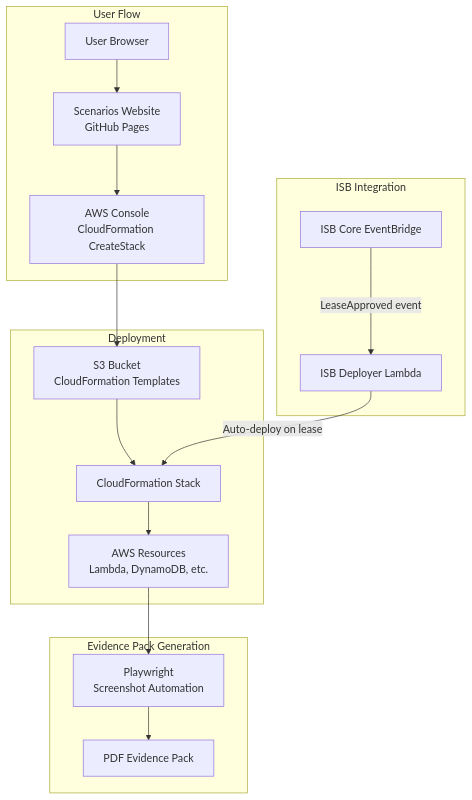
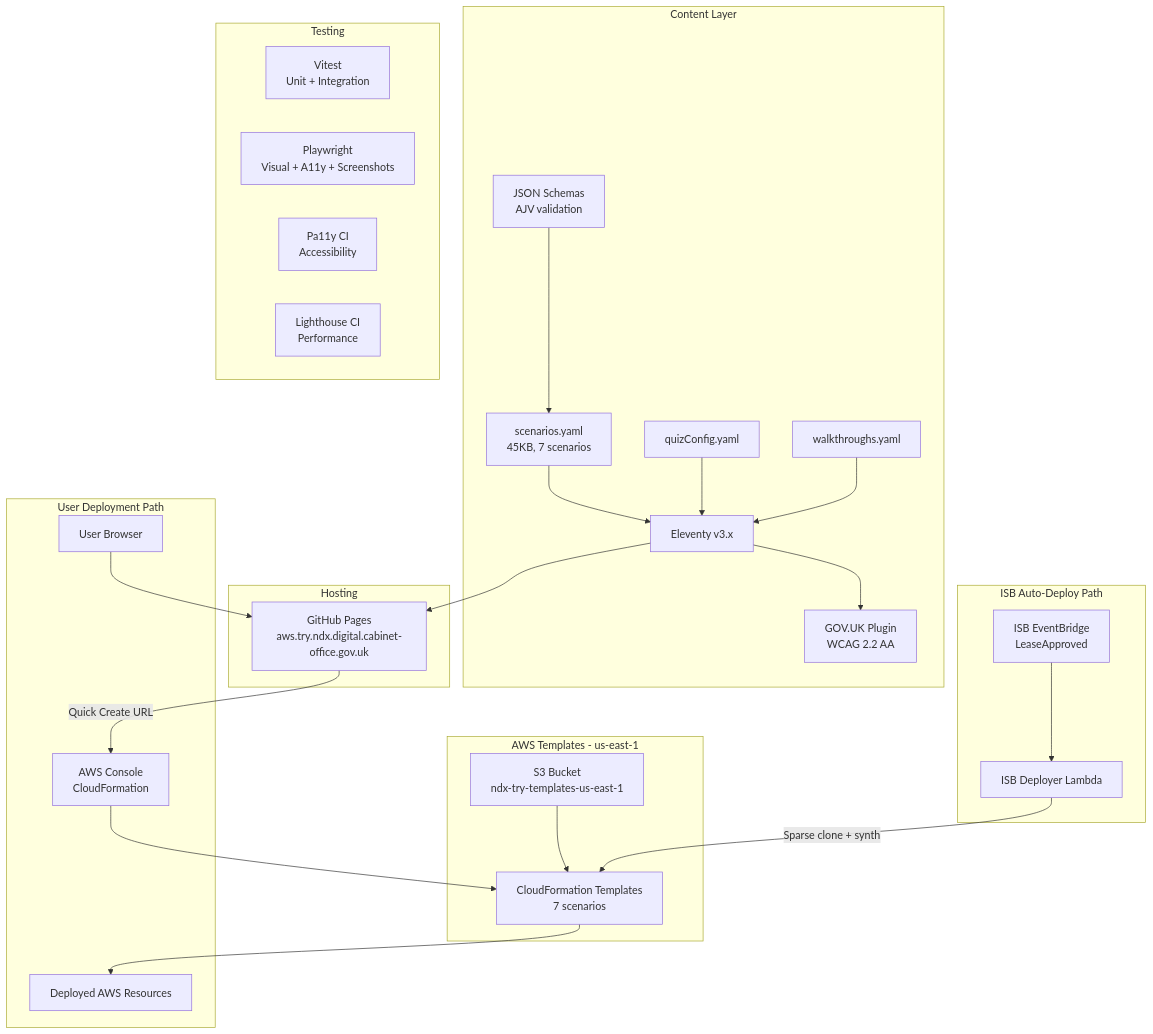
The first of 2 diagrams in docs/32-scenarios-microsite.md (co-cddo/ndx-try-arch), drawn with Mermaid before and after one commit. The commit also changed other lines of this file and 41 other files, not shown here.

First line of the commit message:
docs: update NDX architecture documentation (#9)

````diff
--- a/docs/32-scenarios-microsite.md
+++ b/docs/32-scenarios-microsite.md
@@ -24,23 +13,41 @@
 ```mermaid
 graph TB
-    subgraph "User Flow"
-        USER[User Browser] --> SITE[Scenarios Website<br/>GitHub Pages]
-        SITE --> CF_CONSOLE[AWS Console<br/>CloudFormation CreateStack]
+    subgraph "Content Layer"
+        ELEVENTY[Eleventy v3.x] --> GOVUK[GOV.UK Plugin<br/>WCAG 2.2 AA]
+        YAML[scenarios.yaml<br/>45KB, 7 scenarios] --> ELEVENTY
+        SCHEMA[JSON Schemas<br/>AJV validation] --> YAML
+        QUIZ[quizConfig.yaml] --> ELEVENTY
+        WALKTHROUGHS[walkthroughs.yaml] --> ELEVENTY
     end
 
-    subgraph "Deployment"
-        CF_CONSOLE --> S3_TEMPLATES[S3 Bucket<br/>CloudFormation Templates]
-        S3_TEMPLATES --> CF_STACK[CloudFormation Stack]
-        CF_STACK --> RESOURCES[AWS Resources<br/>Lambda, DynamoDB, etc.]
+    subgraph "Hosting"
+        GH_PAGES[GitHub Pages<br/>aws.try.ndx.digital.cabinet-office.gov.uk]
     end
 
-    subgraph "ISB Integration"
-        ISB_DEPLOYER[ISB Deployer Lambda] --> |Auto-deploy on lease| CF_STACK
-        ISB_CORE[ISB Core EventBridge] --> |LeaseApproved event| ISB_DEPLOYER
+    subgraph "AWS Templates - us-east-1"
+        S3_TEMPLATES[S3 Bucket<br/>ndx-try-templates-us-east-1]
+        CF_TEMPLATES[CloudFormation Templates<br/>7 scenarios]
+        S3_TEMPLATES --> CF_TEMPLATES
     end
 
-    subgraph "Evidence Pack Generation"
-        PLAYWRIGHT[Playwright<br/>Screenshot Automation] --> EVIDENCE[PDF Evidence Pack]
-        RESOURCES --> PLAYWRIGHT
+    subgraph "User Deployment Path"
+        USER[User Browser] --> GH_PAGES
+        GH_PAGES -->|Quick Create URL| AWS_CONSOLE[AWS Console<br/>CloudFormation]
+        AWS_CONSOLE --> CF_TEMPLATES
+        CF_TEMPLATES --> RESOURCES[Deployed AWS Resources]
     end
+
+    subgraph "ISB Auto-Deploy Path"
+        ISB_EB[ISB EventBridge<br/>LeaseApproved] --> DEPLOYER[ISB Deployer Lambda]
+        DEPLOYER -->|Sparse clone + synth| CF_TEMPLATES
+    end
+
+    subgraph "Testing"
+        VITEST[Vitest<br/>Unit + Integration]
+        PLAYWRIGHT[Playwright<br/>Visual + A11y + Screenshots]
+        PA11Y[Pa11y CI<br/>Accessibility]
+        LIGHTHOUSE[Lighthouse CI<br/>Performance]
+    end
+
+    ELEVENTY --> GH_PAGES
 ```
````
